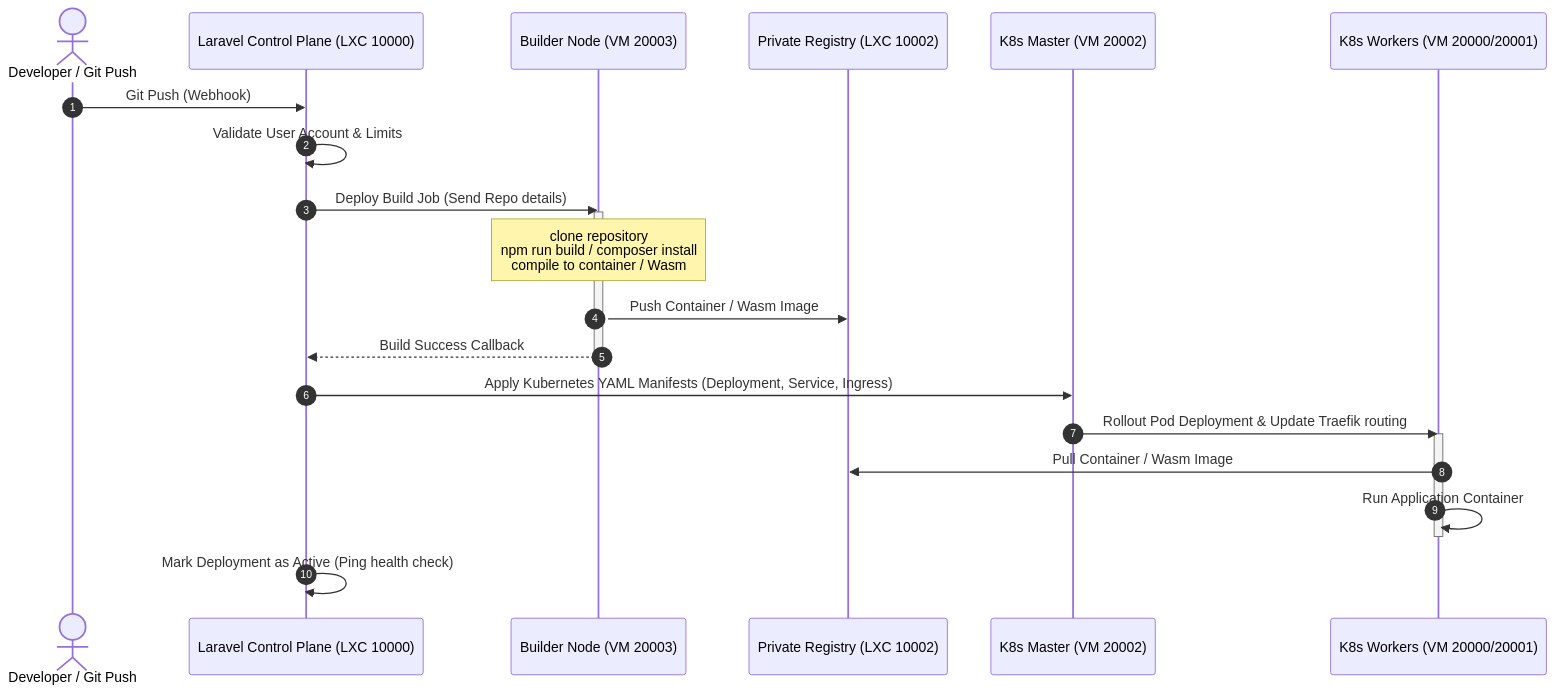
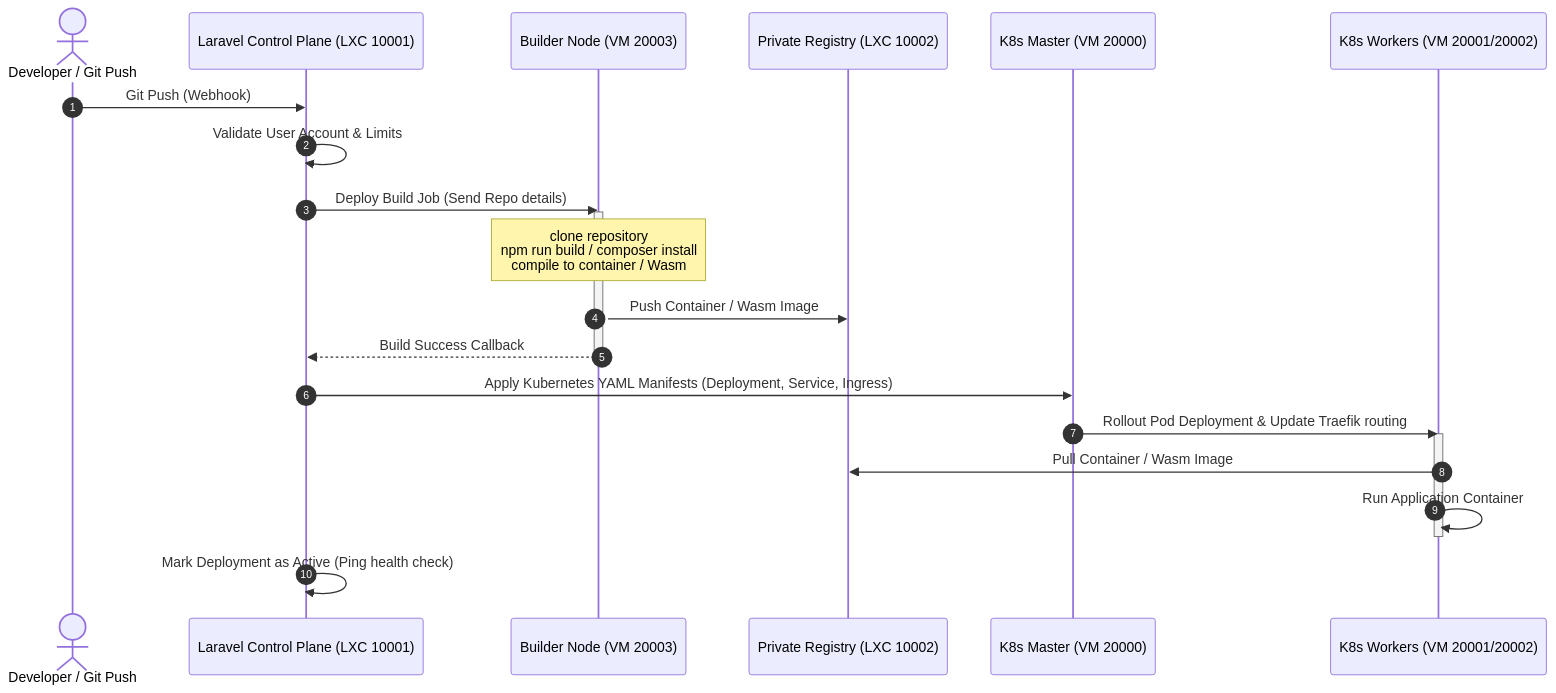
One commit to dyzulk/dyzulk-cloud changed the second of 2 diagrams in network_k8s_architecture.md. Above: the diagram before and after it, drawn with Mermaid. The commit also changed other lines of this file and 1 other file, not shown here.

Commit message:
docs: correct VM and LXC ID sequences in architecture and implementation guide

````diff
--- a/network_k8s_architecture.md
+++ b/network_k8s_architecture.md
@@ -214,29 +214,29 @@
 ```mermaid
 sequenceDiagram
     autonumber
     actor Developer as Developer / Git Push
-    participant Laravel as Laravel Control Plane (LXC 10000)
+    participant Laravel as Laravel Control Plane (LXC 10001)
     participant Builder as Builder Node (VM 20003)
     participant Registry as Private Registry (LXC 10002)
-    participant K8s_Master as K8s Master (VM 20002)
-    participant Workers as K8s Workers (VM 20000/20001)
+    participant K8s_Master as K8s Master (VM 20000)
+    participant Workers as K8s Workers (VM 20001/20002)
     
     Developer ->> Laravel: Git Push (Webhook)
     Laravel ->> Laravel: Validate User Account & Limits
     Laravel ->> Builder: Deploy Build Job (Send Repo details)
     
     activate Builder
     Note over Builder: clone repository<br/>npm run build / composer install<br/>compile to container / Wasm
     Builder ->> Registry: Push Container / Wasm Image
     Builder -->> Laravel: Build Success Callback
     deactivate Builder
     
     Laravel ->> K8s_Master: Apply Kubernetes YAML Manifests (Deployment, Service, Ingress)
     K8s_Master ->> Workers: Rollout Pod Deployment & Update Traefik routing
     activate Workers
     Workers ->> Registry: Pull Container / Wasm Image
     Workers ->> Workers: Run Application Container
     deactivate Workers
     
     Laravel ->> Laravel: Mark Deployment as Active (Ping health check)
 ```
````
